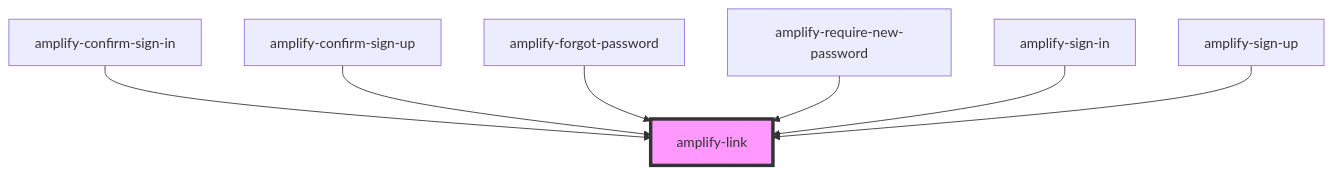
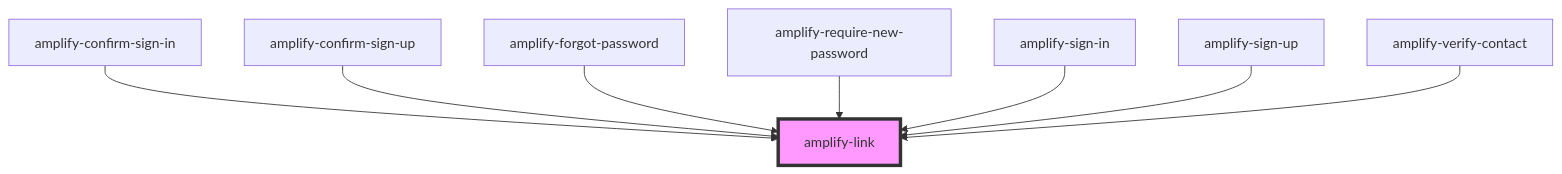
Before and after one commit to OneDev0411/amplify-js: the diagram in packages/amplify-ui-components/src/components/amplify-link/readme.md, drawn with Mermaid. The commit also changed other lines of this file and 21 other files, not shown here.

First line of the commit message:
feat(@aws-amplify/ui-components): amplify-verify-contact (#4583)

````diff
--- a/packages/amplify-ui-components/src/components/amplify-link/readme.md
+++ b/packages/amplify-ui-components/src/components/amplify-link/readme.md
@@ -26,10 +26,11 @@
 ```mermaid
 graph TD;
   amplify-confirm-sign-in --> amplify-link
   amplify-confirm-sign-up --> amplify-link
   amplify-forgot-password --> amplify-link
   amplify-require-new-password --> amplify-link
   amplify-sign-in --> amplify-link
   amplify-sign-up --> amplify-link
+  amplify-verify-contact --> amplify-link
   style amplify-link fill:#f9f,stroke:#333,stroke-width:4px
 ```
````
